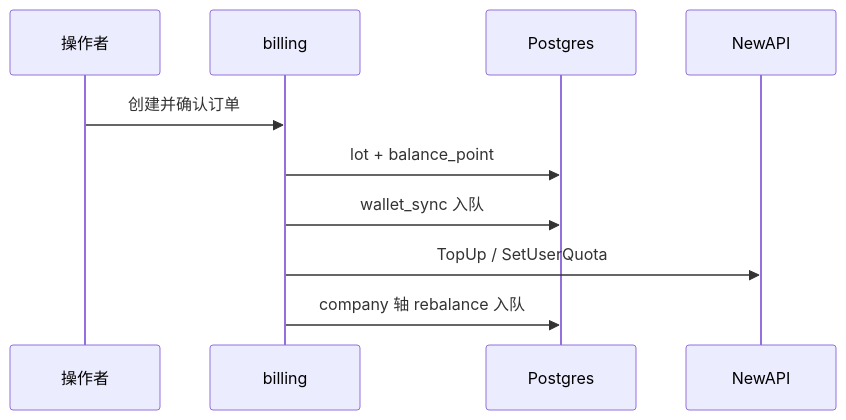
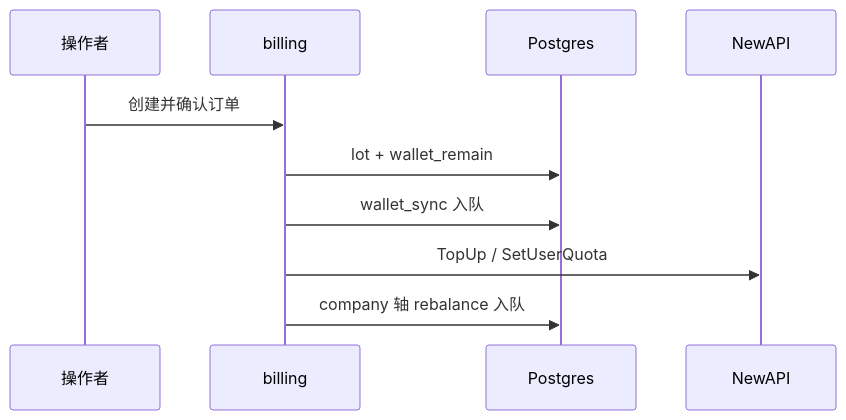
One commit to quyip8818/mytokenjoy changed the tenth of 10 diagrams in docs/Backend-预算.md. Above: the diagram before and after it, drawn with Mermaid. The commit also changed other lines of this file and 12 other files, not shown here.

````diff
--- a/docs/Backend-预算.md
+++ b/docs/Backend-预算.md
@@ -387,13 +387,13 @@
 ```mermaid
 sequenceDiagram
   participant U as 操作者
   participant B as billing
   participant DB as Postgres
   participant NA as NewAPI
 
   U->>B: 创建并确认订单
-  B->>DB: lot + balance_point
+  B->>DB: lot + wallet_remain
   B->>DB: wallet_sync 入队
   B->>NA: TopUp / SetUserQuota
   B->>DB: company 轴 rebalance 入队
 ```
````
